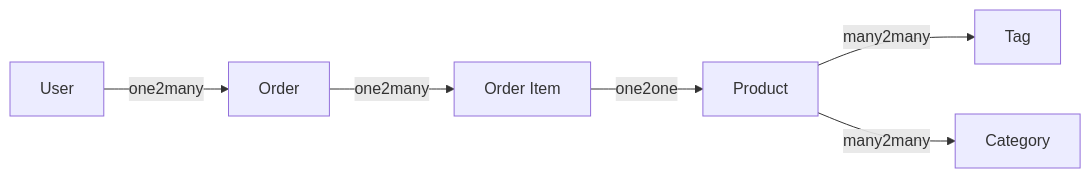
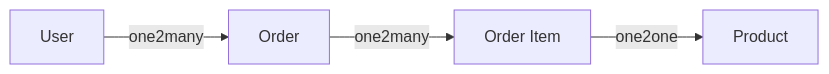
Before and after one commit to duan-li/worklog: the first of 2 diagrams in _posts/2018-02-19-simple-store.md, drawn with Mermaid. The commit also changed other lines of this file, not shown here.

Commit message:
update post

````diff
--- a/_posts/2018-02-19-simple-store.md
+++ b/_posts/2018-02-19-simple-store.md
@@ -15,10 +15,7 @@
 ```mermaid
 graph LR
 
 A[User] -- one2many --> B[Order]
 B[Order] -- one2many --> C[Order Item]
 C[Order Item] -- one2one --> D[Product]
-D[Product] -- many2many --> E[Tag]
-D[Product] -- many2many --> F[Category]
-
 ```
````
